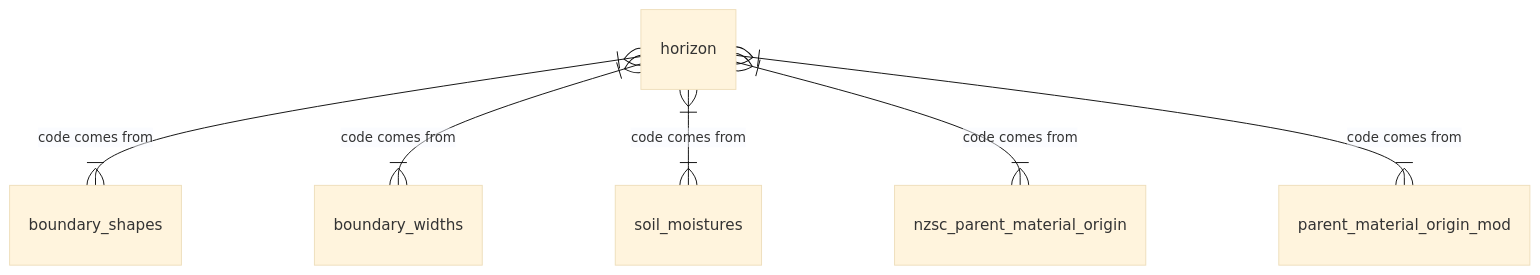
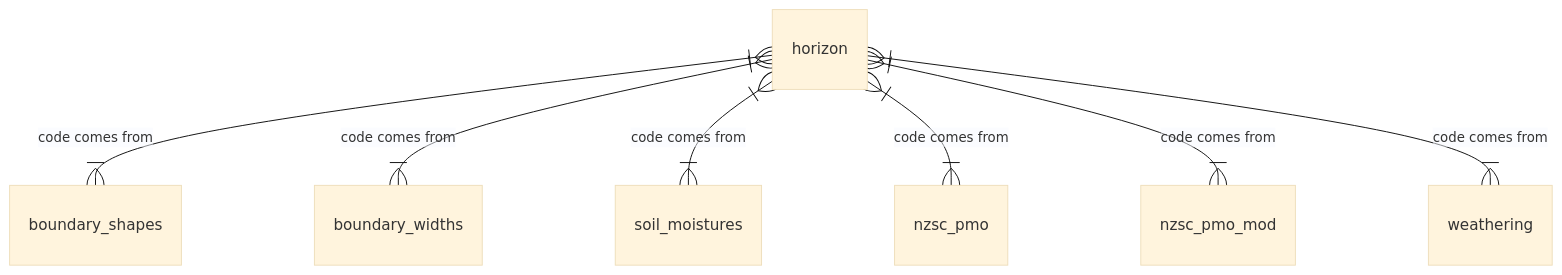
Before and after one commit to manaakiwhenua/NZ_soildesc_2024: the eighth of 25 diagrams in ap_03_database_design.qmd, drawn with Mermaid (base theme). The commit also changed other lines of this file, not shown here.

````diff
--- a/ap_03_database_design.qmd
+++ b/ap_03_database_design.qmd
@@ -652,12 +657,13 @@
 ```{mermaid}
 %%| fig-cap: "Horizon - Overview"
 
 %%{ init: { 'er': { 'layoutDirection': 'LR' } } }%%
 erDiagram
   horizon }|--|{ boundary_shapes : "code comes from"
   horizon }|--|{ boundary_widths : "code comes from"
   horizon }|--|{ soil_moistures : "code comes from"
-  horizon }|--|{ nzsc_parent_material_origin : "code comes from"
-  horizon }|--|{ parent_material_origin_mod : "code comes from"
+  horizon }|--|{ nzsc_pmo : "code comes from"
+  horizon }|--|{ nzsc_pmo_mod : "code comes from"
+  horizon }|--|{ weathering : "code comes from"
 
 ```
````
